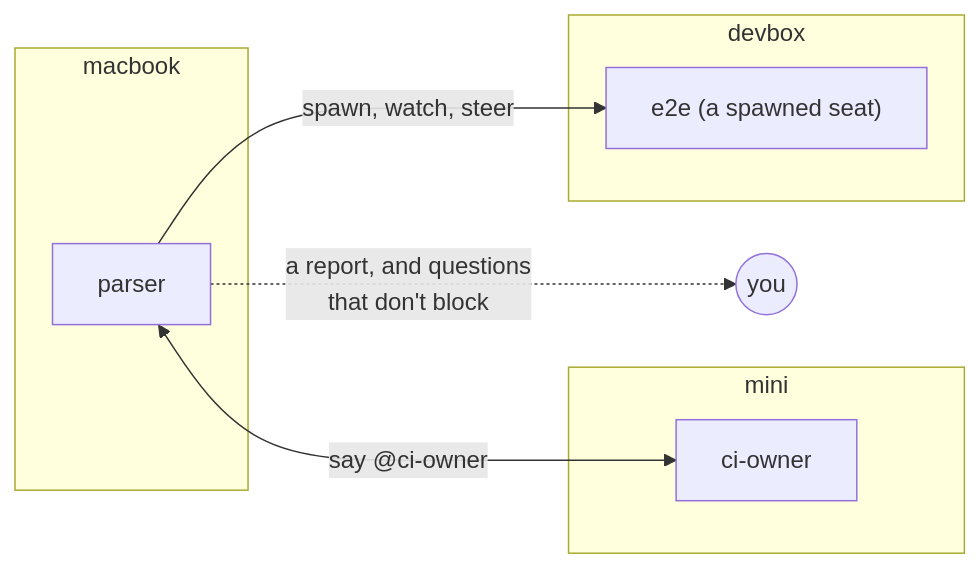
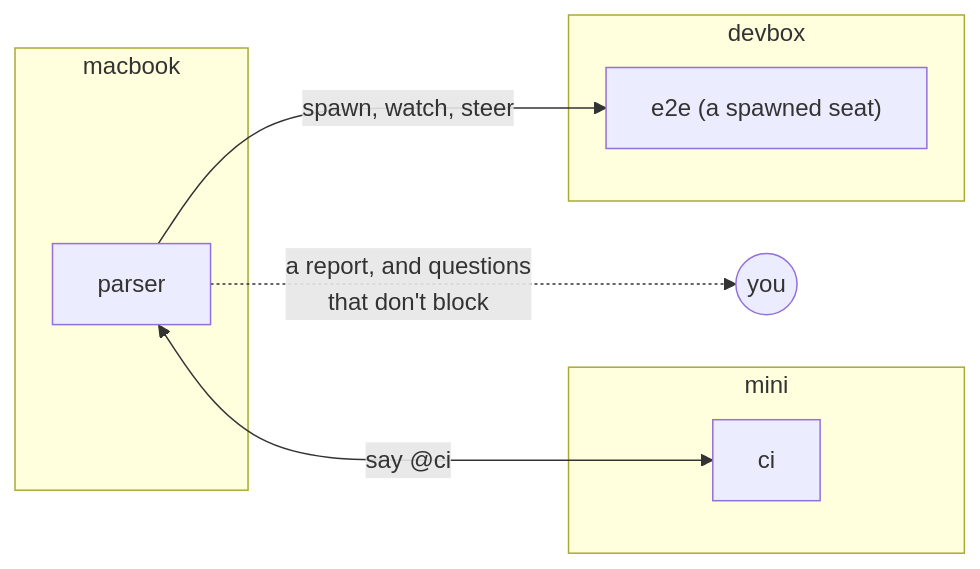
One commit to SSFSKIM/doperpowers changed the second of 2 diagrams in README.md. Above: the diagram before and after it, drawn with Mermaid. The commit also changed other lines of this file, not shown here.

````diff
--- a/README.md
+++ b/README.md
@@ -61,16 +61,16 @@
 ```mermaid
 flowchart LR
     you((you))
     subgraph macbook
         parser["parser"]
     end
     subgraph mini
-        ci["ci-owner"]
+        ci["ci"]
     end
     subgraph devbox
         e2e["e2e (a spawned seat)"]
     end
-    parser <-- "say @ci-owner" --> ci
+    parser <-- "say @ci" --> ci
     parser -- "spawn, watch, steer" --> e2e
     parser -. "a report, and questions<br/>that don't block" .-> you
 ```
````
